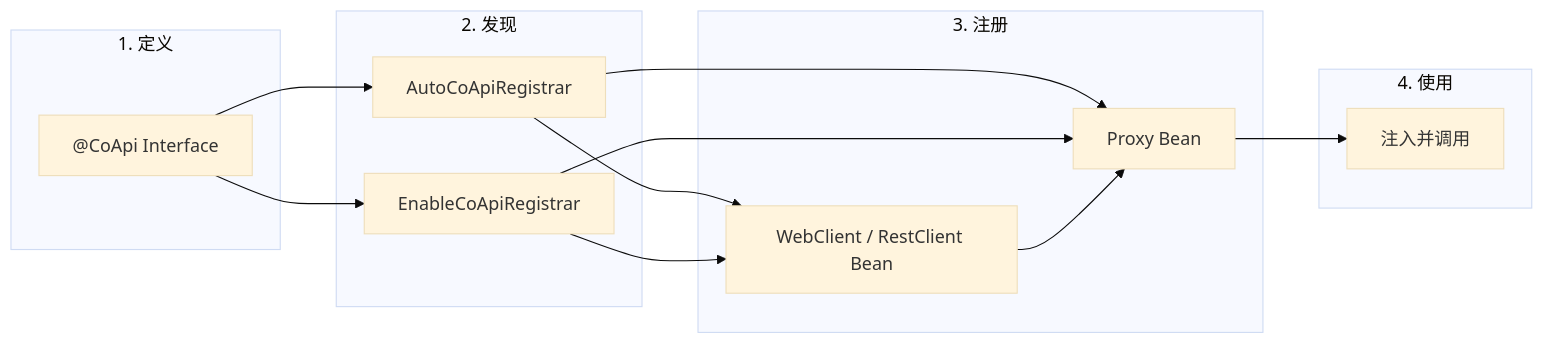
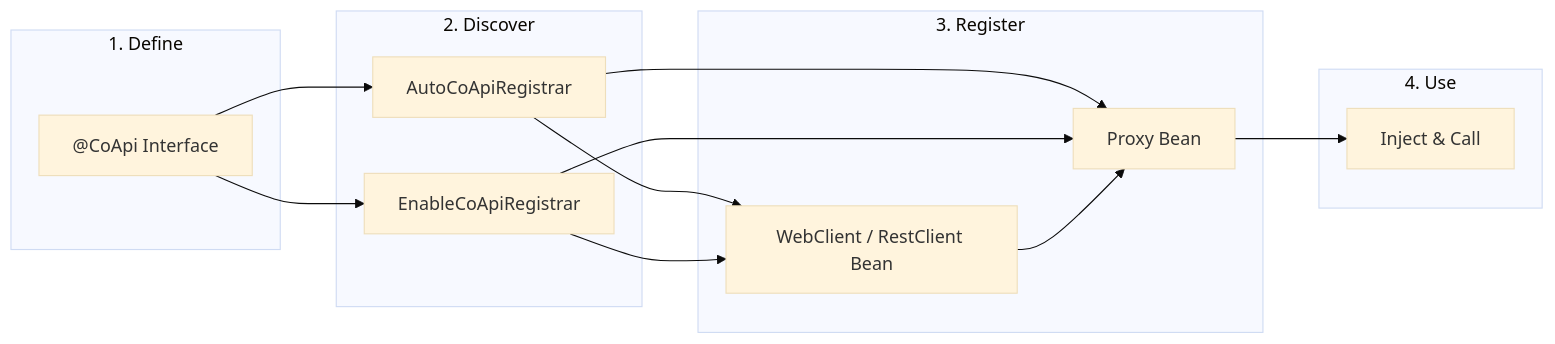
Before and after one commit to Ahoo-Wang/CoApi: the first of 4 diagrams in wiki/getting-started/overview.md, drawn with Mermaid (base theme). The commit also changed other lines of this file and 12 other files, not shown here.

````diff
--- a/wiki/getting-started/overview.md
+++ b/wiki/getting-started/overview.md
@@ -41,27 +41,27 @@
 ```mermaid
 graph LR
-    subgraph "1. 定义"
+    subgraph "1. Define"
         A["@CoApi Interface"]
     end
-    subgraph "2. 发现"
+    subgraph "2. Discover"
         B[AutoCoApiRegistrar]
         C[EnableCoApiRegistrar]
     end
-    subgraph "3. 注册"
+    subgraph "3. Register"
         D["WebClient / RestClient Bean"]
         E[Proxy Bean]
     end
-    subgraph "4. 使用"
-        F["注入并调用"]
+    subgraph "4. Use"
+        F["Inject & Call"]
     end
 
     A --> B
     A --> C
     B --> D
     B --> E
     C --> D
     C --> E
     D --> E
     E --> F
 
 ```
````
